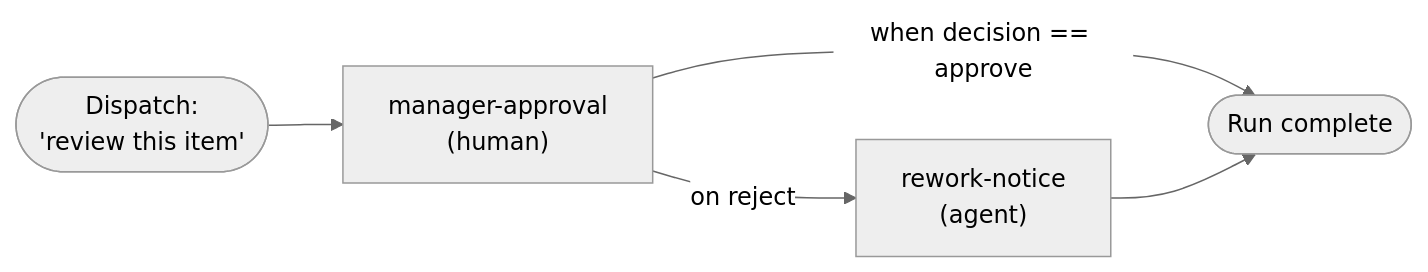
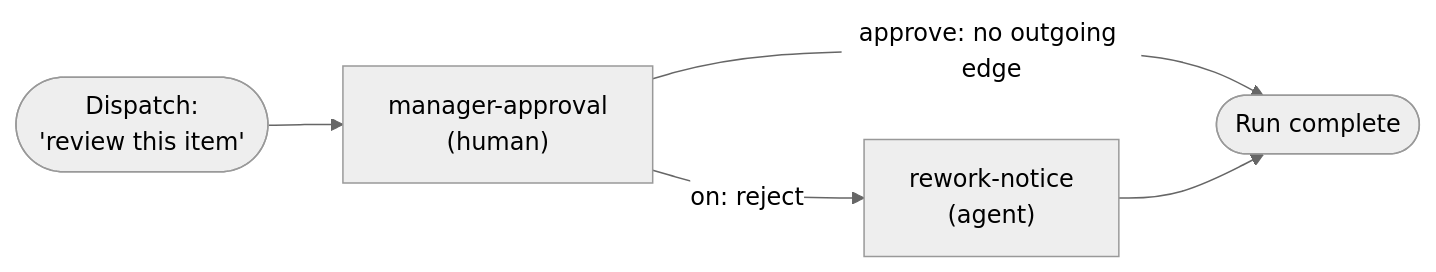
One commit to velt-js/docs changed the diagram in ai/approval-engine/setup.mdx. Above: the diagram before and after it, drawn with Mermaid (neutral theme). The commit also changed other lines of this file and 19 other files, not shown here.

````diff
--- a/ai/approval-engine/setup.mdx
+++ b/ai/approval-engine/setup.mdx
@@ -52,7 +52,7 @@
 ```mermaid
 flowchart LR
     Start([Dispatch:<br/>'review this item']) --> M["manager-approval<br/>(human)"]
-    M -->|"when decision == approve"| Done([Run complete])
-    M -->|"on reject"| RW["rework-notice<br/>(agent)"]
+    M -->|"approve: no outgoing edge"| Done([Run complete])
+    M -->|"on: reject"| RW["rework-notice<br/>(agent)"]
     RW --> Done
 ```
````
